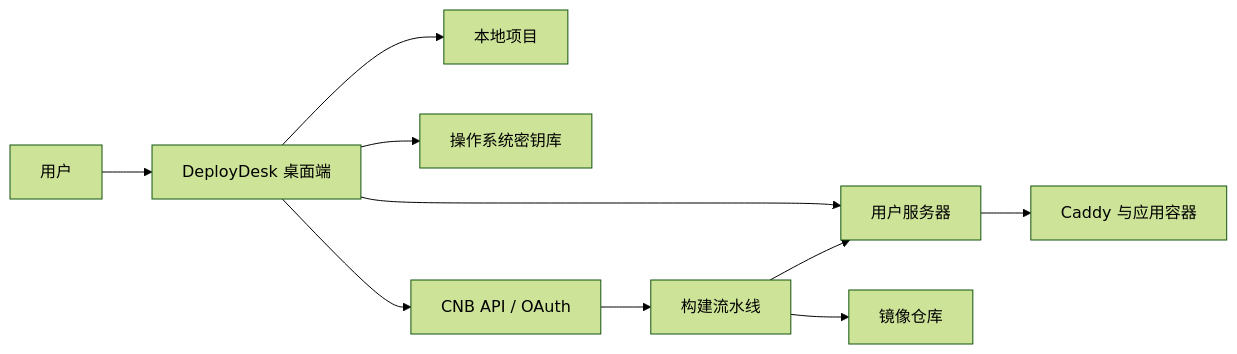
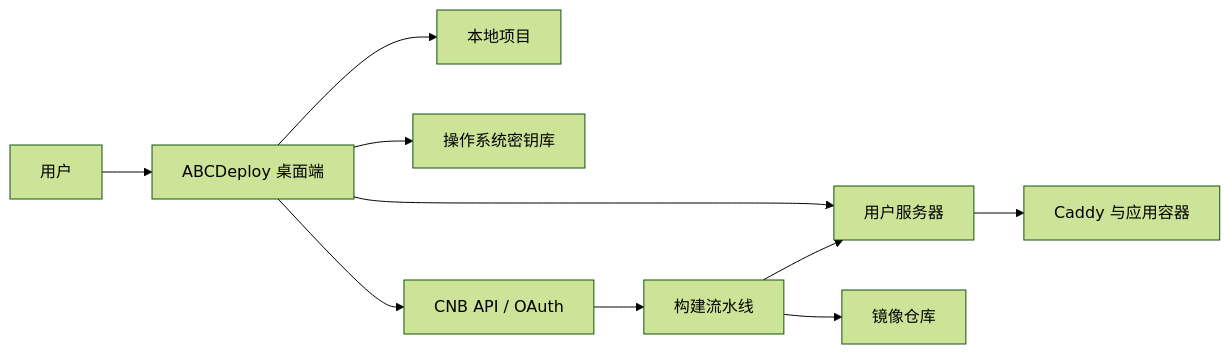
One commit to blacksco0920-dot/deploydesk changed the diagram in docs/v2/architecture-decisions.md. Above: the diagram before and after it, drawn with Mermaid (forest theme). The commit also changed other lines of this file and 112 other files, not shown here.

````diff
--- a/docs/v2/architecture-decisions.md
+++ b/docs/v2/architecture-decisions.md
@@ -20,12 +20,12 @@
 ```mermaid
 flowchart LR
-    U["用户"] --> D["DeployDesk 桌面端"]
+    U["用户"] --> D["ABCDeploy 桌面端"]
     D --> P["本地项目"]
     D --> K["操作系统密钥库"]
     D --> C["CNB API / OAuth"]
     D --> S["用户服务器"]
     C --> B["构建流水线"]
     B --> R["镜像仓库"]
     B --> S
     S --> Y["Caddy 与应用容器"]
 ```
````
